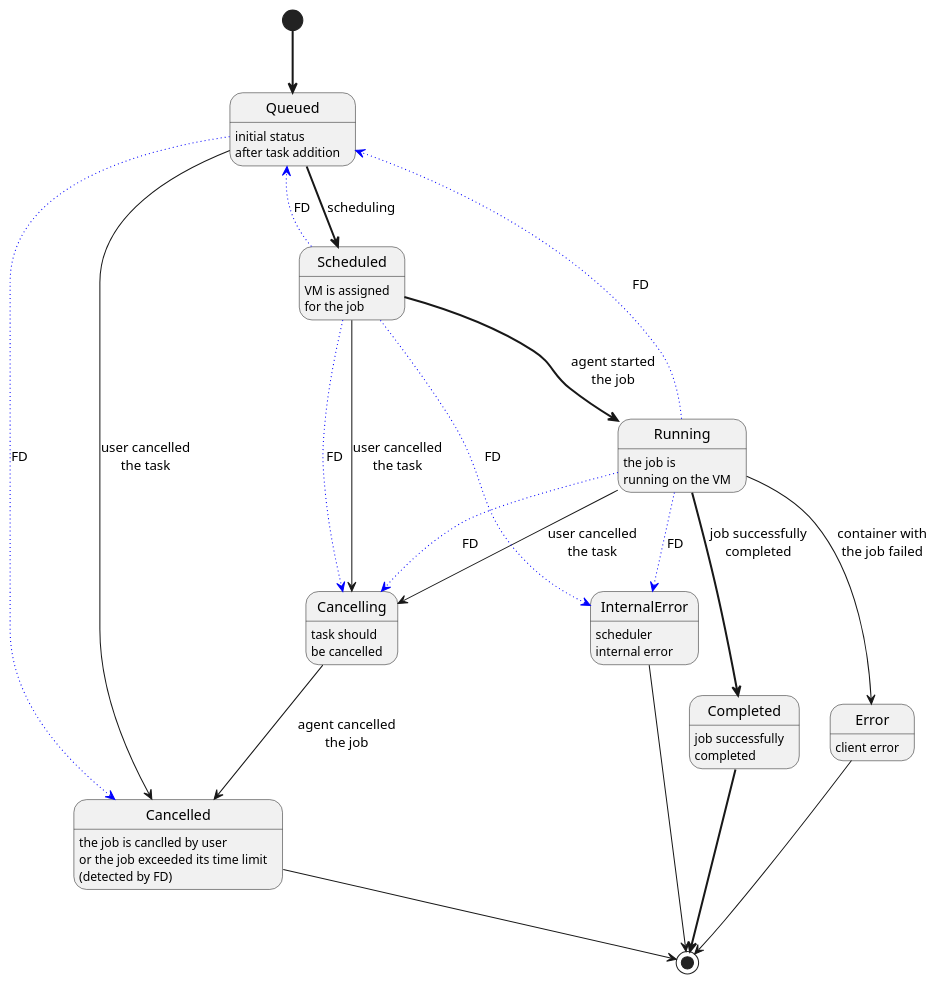
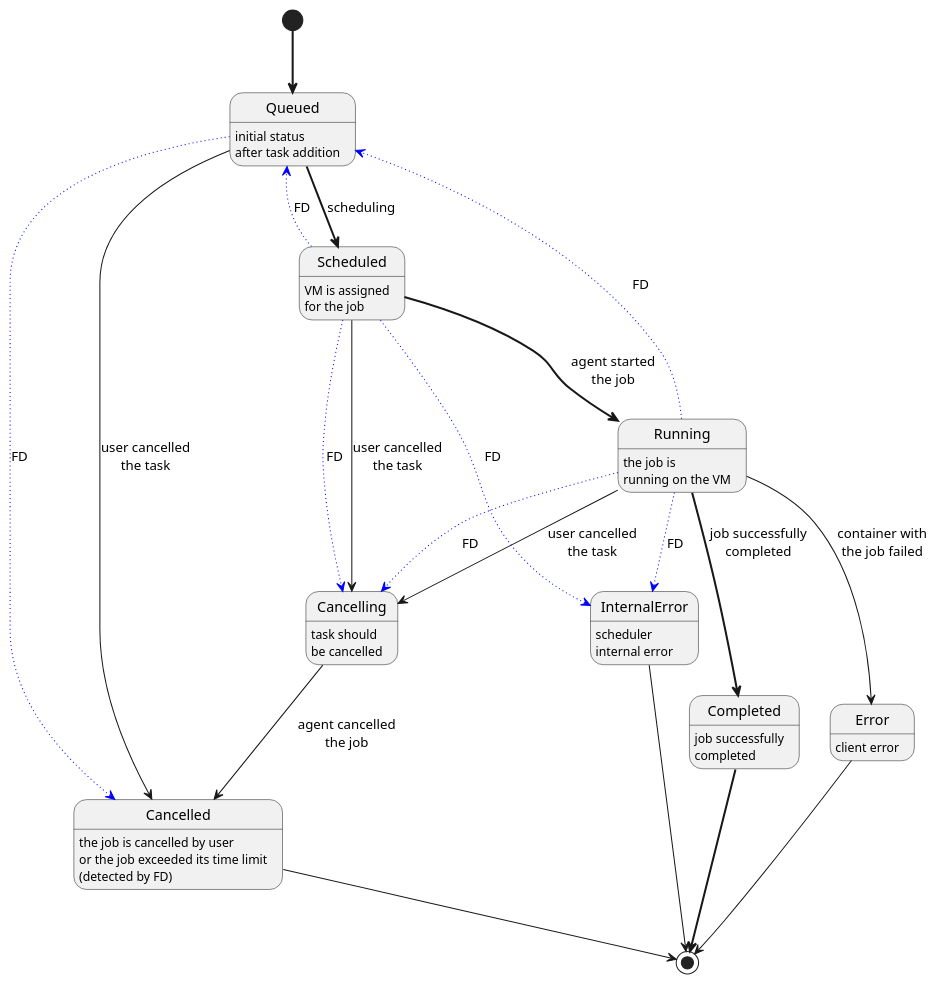
Before and after one commit to yutsareva/vm-scheduler: the diagram in docs/uml-diagrams/job_state.puml, drawn with PlantUML. The commit also changed 10 other files, not shown here.

```diff
--- a/docs/uml-diagrams/job_state.puml
+++ b/docs/uml-diagrams/job_state.puml
@@ -1,41 +1,43 @@
 @startuml
+
 [*] -[bold]down-> Queued
 Queued : initial status
 Queued : after task addition
 
 Queued -[bold]down-> Scheduled : scheduling
 Scheduled : VM is assigned
 Scheduled : for the job
 
 Queued -[dotted,#blue]-> Cancelled : FD
 Running -[dotted,#blue]-> Cancelling : FD
 Scheduled -[dotted,#blue]-> Cancelling : FD
 Queued -> Cancelled : user cancelled\nthe task
 Running -> Cancelling : user cancelled\nthe task
 Scheduled -> Cancelling : user cancelled\nthe task
 
 Scheduled -[bold]down-> Running : agent started\nthe job
 Running : the job is\nrunning on the VM
 Running -[bold]down-> Completed : job successfully\ncompleted
 
 Running -[dotted,#blue]-> Queued : FD
 Scheduled -[dotted,#blue]-> Queued : FD
 
 Running --> Error : container with\nthe job failed
 
 Running -[dotted,#blue]-> InternalError : FD
 Scheduled -[dotted,#blue]-> InternalError : FD
 
 Cancelling: task should
 Cancelling: be cancelled
 Cancelling -down-> Cancelled : agent cancelled\nthe job
 
 Completed -[bold]-> [*]
 Completed : job successfully\ncompleted
 Error -> [*]
 Error: client error
 InternalError -> [*]
 InternalError: scheduler\ninternal error
 Cancelled -down-> [*]
-Cancelled: the job is canclled by user\nor the job exceeded its time limit\n(detected by FD)
+Cancelled: the job is cancelled by user\nor the job exceeded its time limit\n(detected by FD)
+
 @enduml
```
